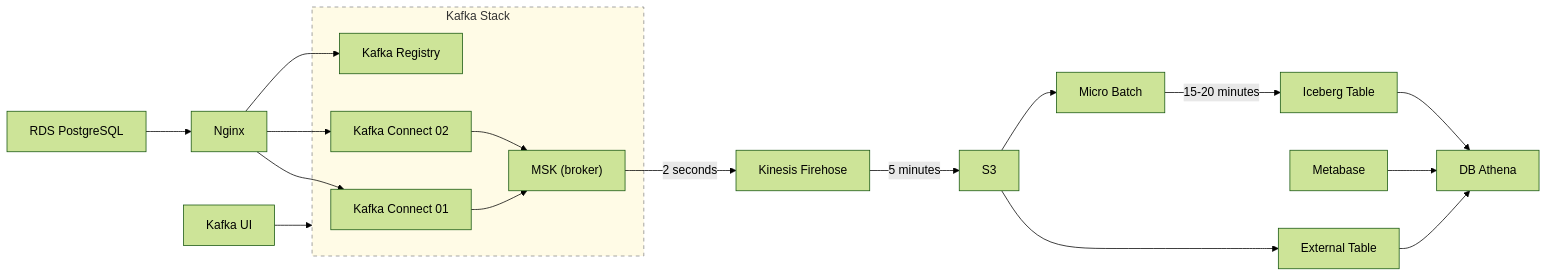
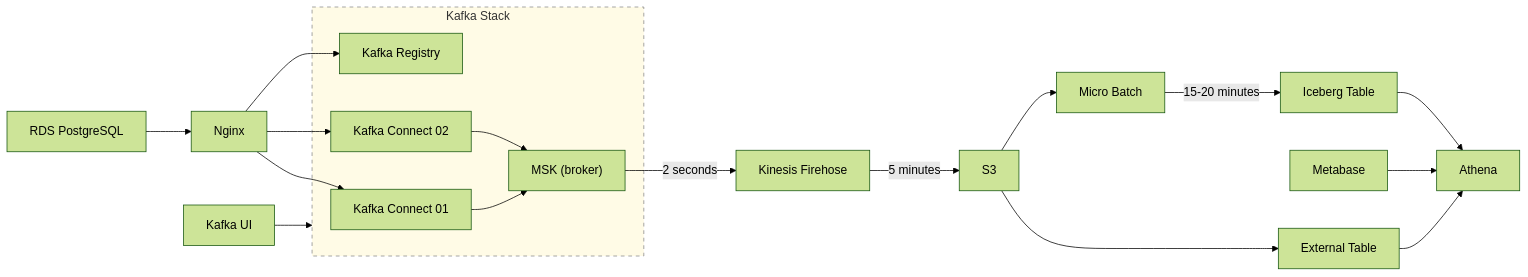
One commit to rudy-prietno/streamlake changed the diagram in README.md. Above: the diagram before and after it, drawn with Mermaid (forest theme).

````diff
--- a/README.md
+++ b/README.md
@@ -7,51 +7,51 @@
 ```mermaid
 flowchart LR
   %% ===== Left block =====
   DB[RDS PostgreSQL]
   NGINX[Nginx]
 
   subgraph KAFKA_STACK[Kafka Stack]
     KC1["Kafka Connect 01"]
     KC2["Kafka Connect 02"]
     REG["Kafka Registry"]
     MSK["MSK (broker)"]
   end
 
   KUI["Kafka UI"]
 
   %% ===== Middle / Right block =====
   KFH["Kinesis Firehose"]
   S3["S3"]
   EXT["External Table"]
-  ATH["DB Athena"]
+  ATH["Athena"]
   META["Metabase"]
   MB["Micro Batch"]
   ICE["Iceberg Table"]
 
   %% ===== Flows =====
   DB --> NGINX
   NGINX --> KC1
   NGINX --> KC2
   NGINX --> REG
   KC1 --> MSK
   KC2 --> MSK
 
   %% Kafka UI points to the whole stack
   KUI --> KAFKA_STACK
 
   %% Stream to Firehose and S3
   MSK -- "2 seconds" --> KFH
   KFH -- "5 minutes" --> S3
 
   %% S3 -> Athena via External Table
   S3 --> EXT --> ATH
   META --> ATH
 
   %% Micro-batch path to Iceberg
   S3 --> MB
   MB -- "15-20 minutes" --> ICE
   ICE --> ATH
 
   %% Optional style for the stack area
   style KAFKA_STACK fill:#fffbe6,stroke:#888,stroke-width:1px,stroke-dasharray: 5 5
 ```
````
